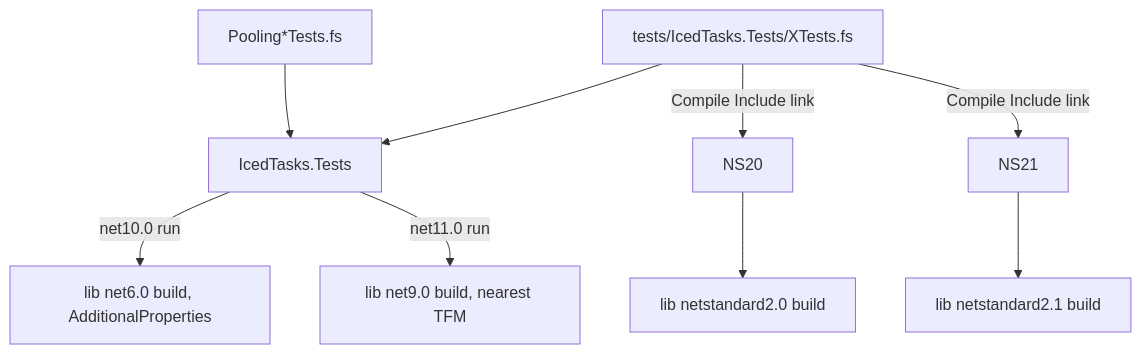
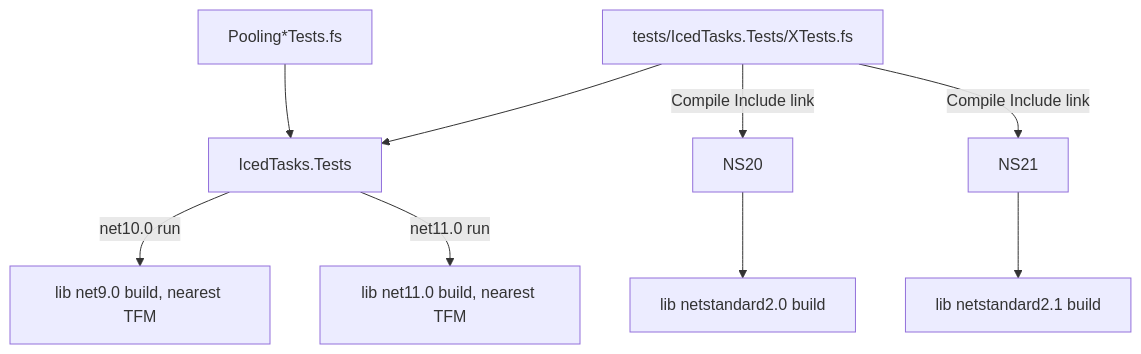
The diagram in lode/tests/test-projects-and-tfms.md (TheAngryByrd/IcedTasks), drawn with Mermaid before and after one commit. The commit also changed other lines of this file and 43 other files, not shown here.

````diff
--- a/lode/tests/test-projects-and-tfms.md
+++ b/lode/tests/test-projects-and-tfms.md
@@ -39,11 +41,11 @@
 ```mermaid
 flowchart TD
     file["tests/IcedTasks.Tests/XTests.fs"] --> main["IcedTasks.Tests"]
     file -->|"Compile Include link"| ns20["NS20"]
     file -->|"Compile Include link"| ns21["NS21"]
     pool["Pooling*Tests.fs"] --> main
-    main -->|"net10.0 run"| lib6["lib net6.0 build, AdditionalProperties"]
-    main -->|"net11.0 run"| lib9["lib net9.0 build, nearest TFM"]
+    main -->|"net10.0 run"| lib9["lib net9.0 build, nearest TFM"]
+    main -->|"net11.0 run"| lib11["lib net11.0 build, nearest TFM"]
     ns20 --> lib20["lib netstandard2.0 build"]
     ns21 --> lib21["lib netstandard2.1 build"]
 ```
````
